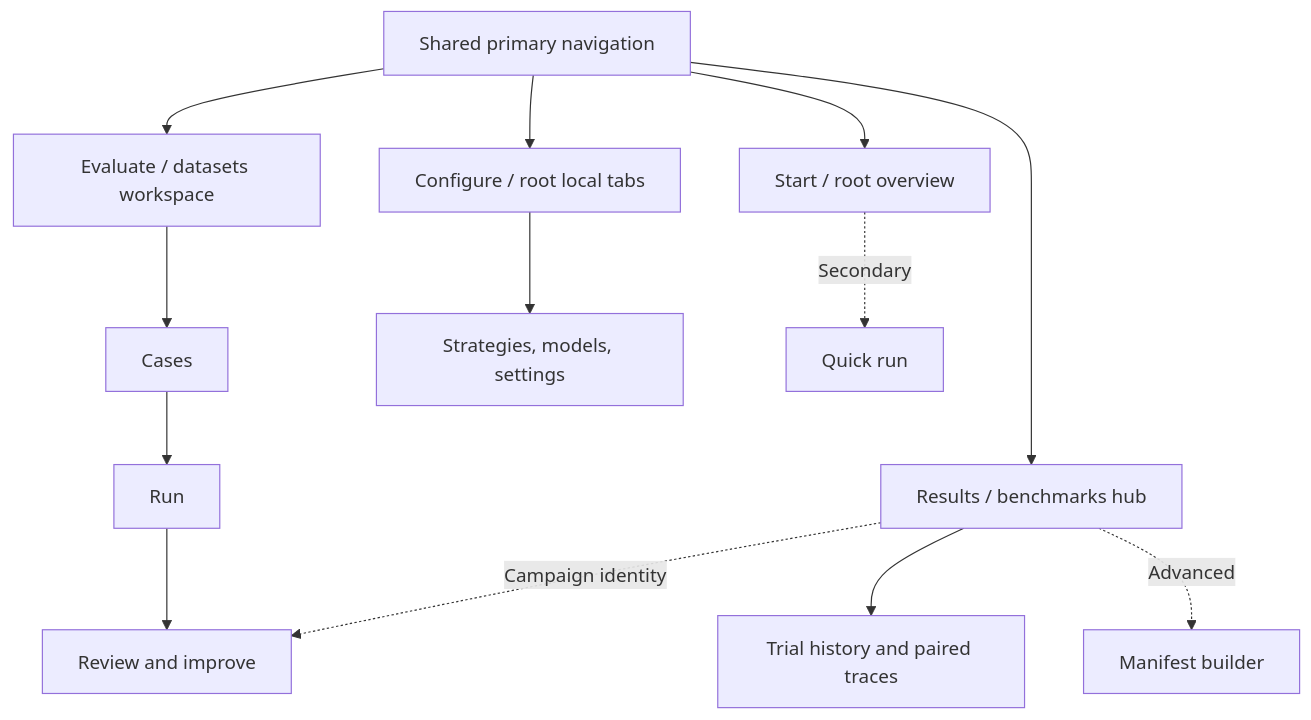
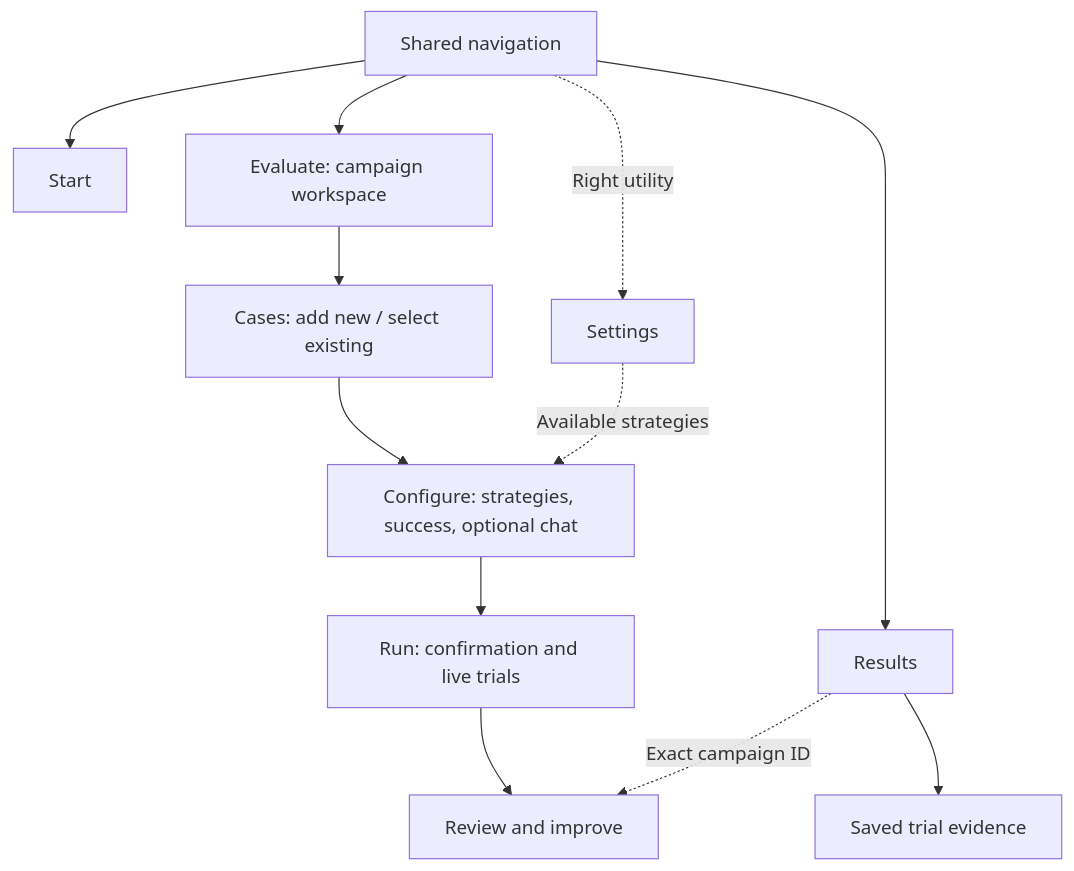
Before and after one commit to niksacdev/rove: the first of 2 diagrams in docs/architecture/ADR-025-workflow-navigation.md, drawn with Mermaid. The commit also changed other lines of this file and 31 other files, not shown here.

Commit message:
Build a coherent campaign workspace with case gallery and visible trials

````diff
--- a/docs/architecture/ADR-025-workflow-navigation.md
+++ b/docs/architecture/ADR-025-workflow-navigation.md
@@ -26,15 +28,14 @@
 ```mermaid
 flowchart TD
-    N["Shared primary navigation"] --> S["Start / root overview"]
-    N --> E["Evaluate / datasets workspace"]
-    N --> R["Results / benchmarks hub"]
-    N --> C["Configure / root local tabs"]
-    E --> EC["Cases"]
-    EC --> ER["Run"]
-    ER --> EV["Review and improve"]
-    R --> RT["Trial history and paired traces"]
-    R -. Campaign identity .-> EV
-    C --> CT["Strategies, models, settings"]
-    S -. Secondary .-> Q["Quick run"]
-    R -. Advanced .-> M["Manifest builder"]
+    N["Shared navigation"] --> S["Start"]
+    N --> E["Evaluate: campaign workspace"]
+    N --> R["Results"]
+    N -. Right utility .-> U["Settings"]
+    E --> C["Cases: add new / select existing"]
+    C --> F["Configure: strategies, success, optional chat"]
+    F --> L["Run: confirmation and live trials"]
+    L --> V["Review and improve"]
+    R --> T["Saved trial evidence"]
+    R -. Exact campaign ID .-> V
+    U -. Available strategies .-> F
 ```
````
